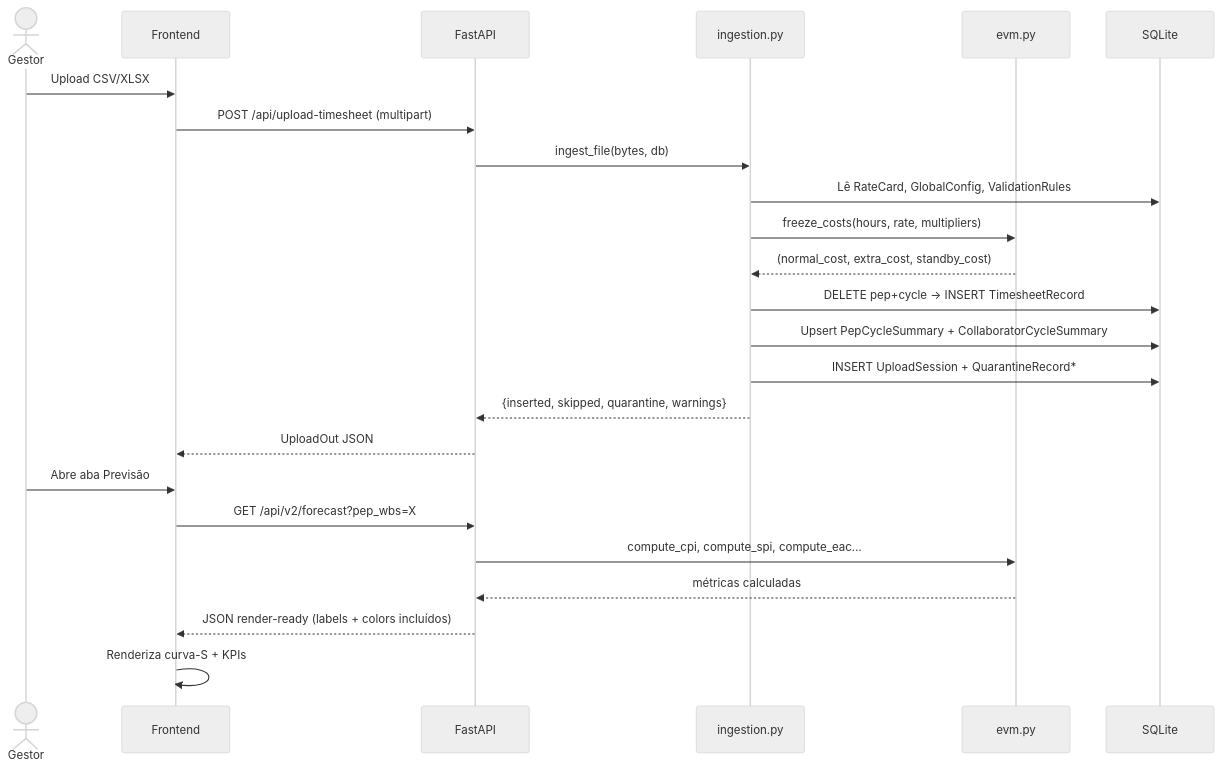
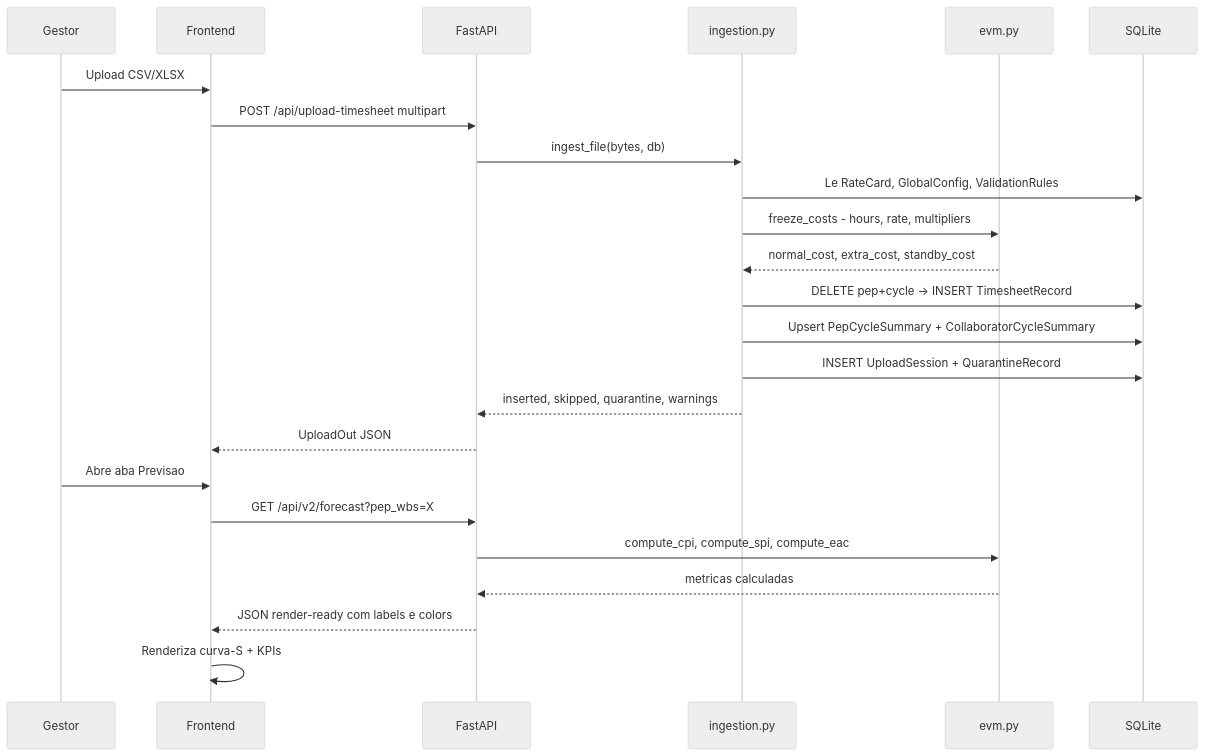
Before and after one commit to RtaSistemas/PMAS: the second of 12 diagrams in README.md, drawn with Mermaid (neutral theme).

Commit message:
fix(readme): repair Fluxo de dados sequenceDiagram syntax
- Replace actor keyword with participant for broad Mermaid compat
- Remove Unicode ellipsis and parentheses from message labels
- Replace accented chars in message text that can trip the parser

https://claude.ai/code/session_01Vs9DqVqazsH2v62imhXvtY

````diff
--- a/README.md
+++ b/README.md
@@ -144,28 +144,28 @@
 ```mermaid
 sequenceDiagram
-    actor PM as Gestor
+    participant PM as Gestor
     participant UI as Frontend
     participant API as FastAPI
     participant ING as ingestion.py
     participant EVM as evm.py
     participant DB as SQLite
 
     PM->>UI: Upload CSV/XLSX
-    UI->>API: POST /api/upload-timesheet (multipart)
+    UI->>API: POST /api/upload-timesheet multipart
     API->>ING: ingest_file(bytes, db)
-    ING->>DB: Lê RateCard, GlobalConfig, ValidationRules
-    ING->>EVM: freeze_costs(hours, rate, multipliers)
-    EVM-->>ING: (normal_cost, extra_cost, standby_cost)
+    ING->>DB: Le RateCard, GlobalConfig, ValidationRules
+    ING->>EVM: freeze_costs - hours, rate, multipliers
+    EVM-->>ING: normal_cost, extra_cost, standby_cost
     ING->>DB: DELETE pep+cycle → INSERT TimesheetRecord
     ING->>DB: Upsert PepCycleSummary + CollaboratorCycleSummary
-    ING->>DB: INSERT UploadSession + QuarantineRecord*
-    ING-->>API: {inserted, skipped, quarantine, warnings}
+    ING->>DB: INSERT UploadSession + QuarantineRecord
+    ING-->>API: inserted, skipped, quarantine, warnings
     API-->>UI: UploadOut JSON
 
-    PM->>UI: Abre aba Previsão
+    PM->>UI: Abre aba Previsao
     UI->>API: GET /api/v2/forecast?pep_wbs=X
-    API->>EVM: compute_cpi, compute_spi, compute_eac…
-    EVM-->>API: métricas calculadas
-    API-->>UI: JSON render-ready (labels + colors incluídos)
+    API->>EVM: compute_cpi, compute_spi, compute_eac
+    EVM-->>API: metricas calculadas
+    API-->>UI: JSON render-ready com labels e colors
     UI->>UI: Renderiza curva-S + KPIs
 ```
````
